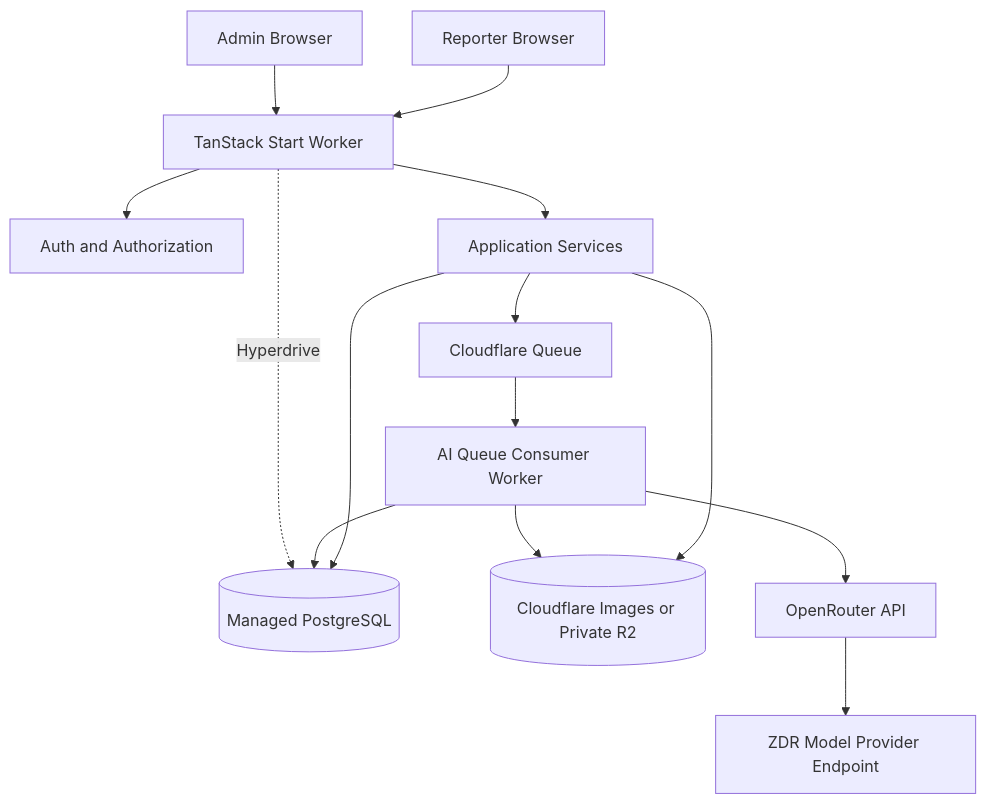
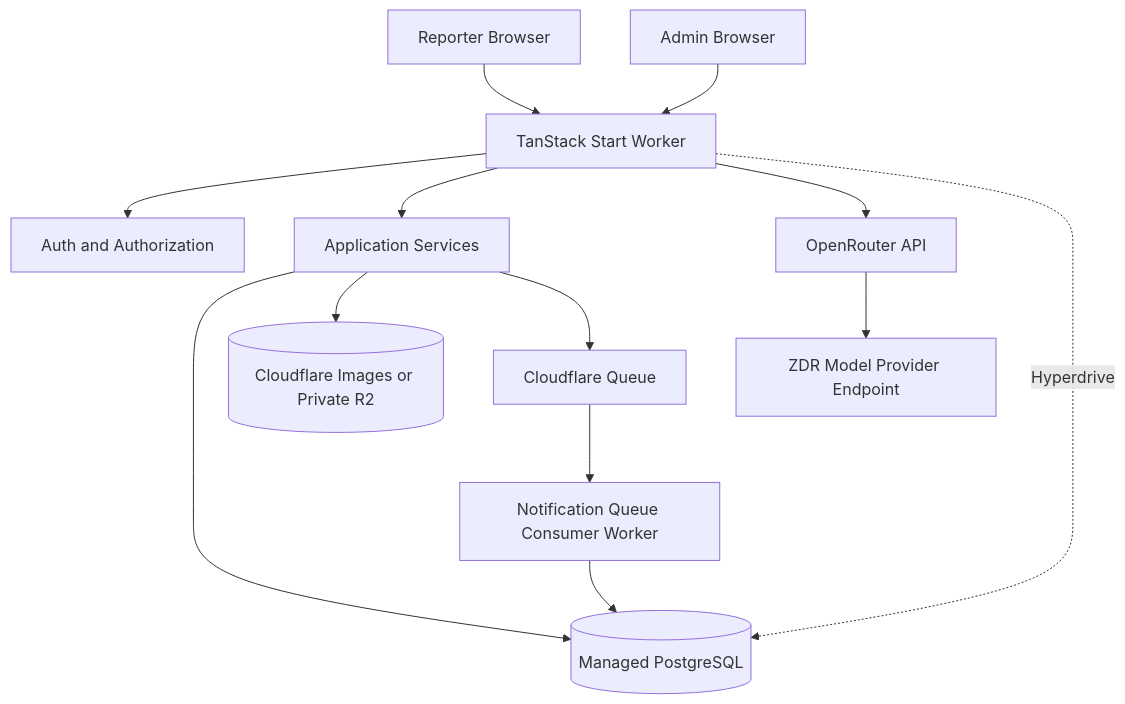
One commit to YudaClairee/SILAPOR changed the second of 4 diagrams in EXECUTION-PLAN.md. Above: the diagram before and after it, drawn with Mermaid. The commit also changed other lines of this file and 16 other files, not shown here.

````diff
--- a/EXECUTION-PLAN.md
+++ b/EXECUTION-PLAN.md
@@ -392,16 +396,15 @@
 ```mermaid
 flowchart TB
     R[Reporter Browser] --> WEB[TanStack Start Worker]
     A[Admin Browser] --> WEB
     WEB --> AUTH[Auth and Authorization]
     WEB --> APP[Application Services]
     APP --> DB[(Managed PostgreSQL)]
     APP --> R2[(Cloudflare Images or Private R2)]
     APP --> Q[Cloudflare Queue]
-    Q --> WORKER[AI Queue Consumer Worker]
-    WORKER --> OR[OpenRouter API]
+    Q --> WORKER[Notification Queue Consumer Worker]
+    WORKER --> DB
+    WEB --> OR[OpenRouter API]
     OR --> MODEL[ZDR Model Provider Endpoint]
-    WORKER --> DB
-    WORKER --> R2
     WEB -. Hyperdrive .-> DB
 ```
````
